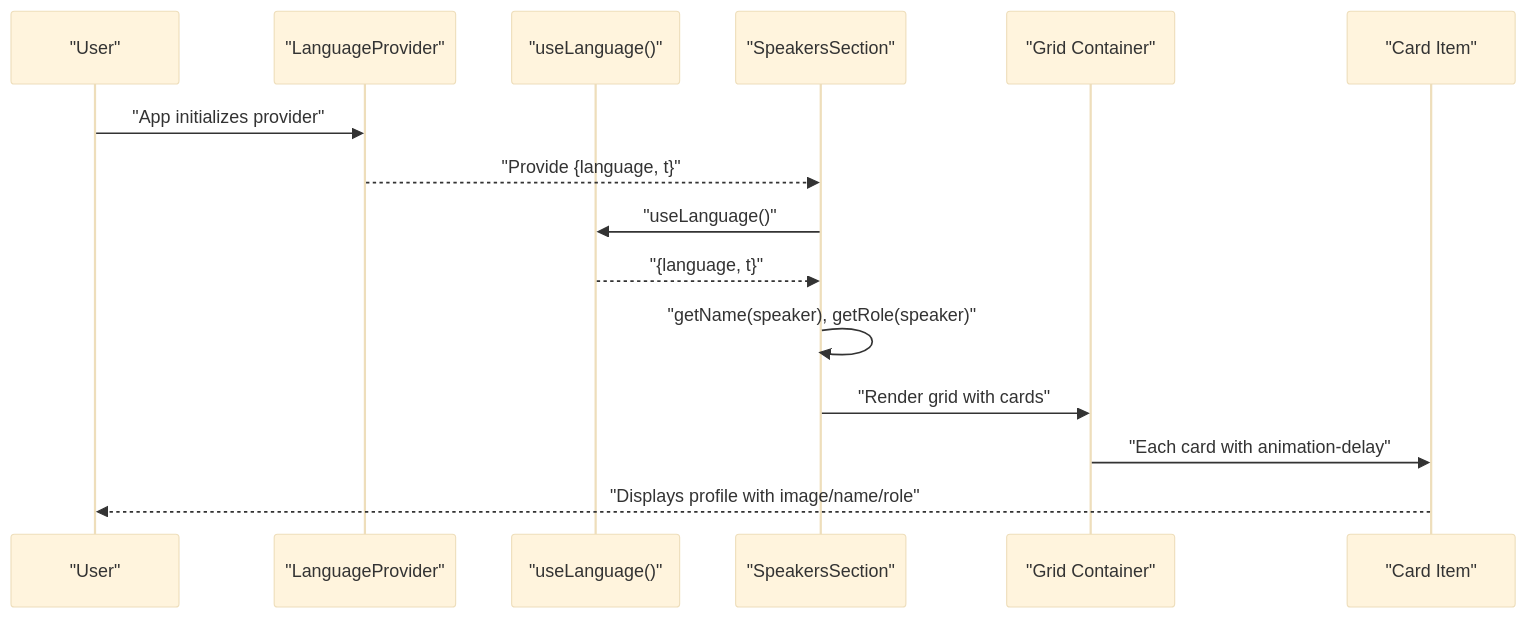
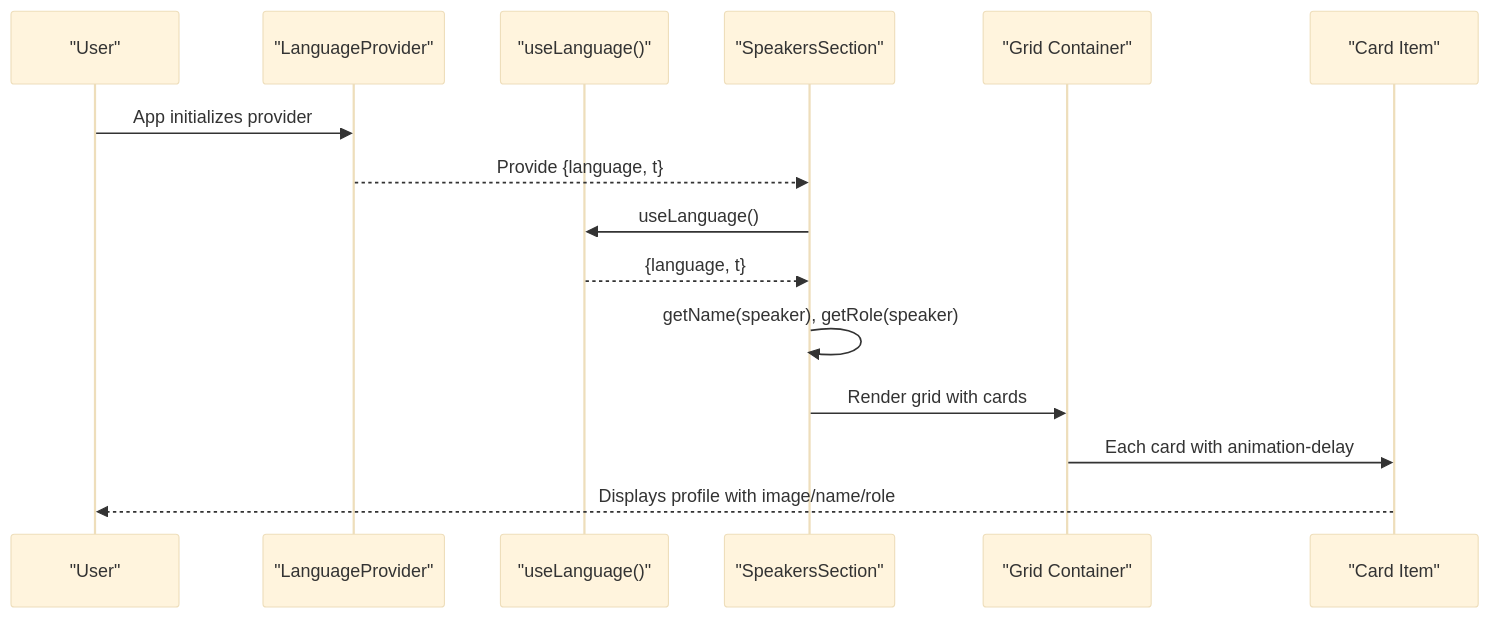
The second of 4 diagrams in .qoder/repowiki/en/content/Component Architecture/Core Section Components/Speakers Section.md (mohjak/sc-dof), drawn with Mermaid (base theme) before and after one commit. The commit also changed other lines of this file and 68 other files, not shown here.

First line of the commit message:
docs(docs): update component architecture docs with markdown formatting fixes

````diff
--- a/.qoder/repowiki/en/content/Component Architecture/Core Section Components/Speakers Section.md
+++ b/.qoder/repowiki/en/content/Component Architecture/Core Section Components/Speakers Section.md
@@ -70,17 +68,17 @@
 ```mermaid
 sequenceDiagram
 participant User as "User"
 participant Provider as "LanguageProvider"
 participant Context as "useLanguage()"
 participant Comp as "SpeakersSection"
 participant Grid as "Grid Container"
 participant Card as "Card Item"
-User->>Provider : "App initializes provider"
-Provider-->>Comp : "Provide {language, t}"
-Comp->>Context : "useLanguage()"
-Context-->>Comp : "{language, t}"
-Comp->>Comp : "getName(speaker), getRole(speaker)"
-Comp->>Grid : "Render grid with cards"
-Grid->>Card : "Each card with animation-delay"
-Card-->>User : "Displays profile with image/name/role"
+User->>Provider : App initializes provider
+Provider-->>Comp : Provide {language, t}
+Comp->>Context : useLanguage()
+Context-->>Comp : {language, t}
+Comp->>Comp : getName(speaker), getRole(speaker)
+Comp->>Grid : Render grid with cards
+Grid->>Card : Each card with animation-delay
+Card-->>User : Displays profile with image/name/role
 ```
````
